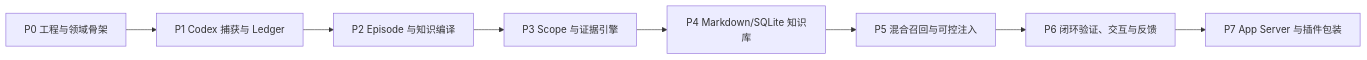
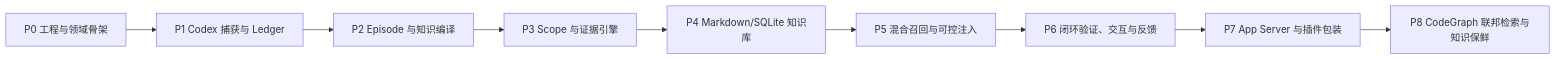
Before and after one commit to smarteacup/ZhiLoop: the diagram in docs/implementation/implementation-plan.md, drawn with Mermaid. The commit also changed other lines of this file and 7 other files, not shown here.

````diff
--- a/docs/implementation/implementation-plan.md
+++ b/docs/implementation/implementation-plan.md
@@ -21,10 +21,11 @@
 ```mermaid
 flowchart LR
     P0["P0 工程与领域骨架"] --> P1["P1 Codex 捕获与 Ledger"]
     P1 --> P2["P2 Episode 与知识编译"]
     P2 --> P3["P3 Scope 与证据引擎"]
     P3 --> P4["P4 Markdown/SQLite 知识库"]
     P4 --> P5["P5 混合召回与可控注入"]
     P5 --> P6["P6 闭环验证、交互与反馈"]
     P6 --> P7["P7 App Server 与插件包装"]
+    P7 --> P8["P8 CodeGraph 联邦检索与知识保鲜"]
 ```
````
